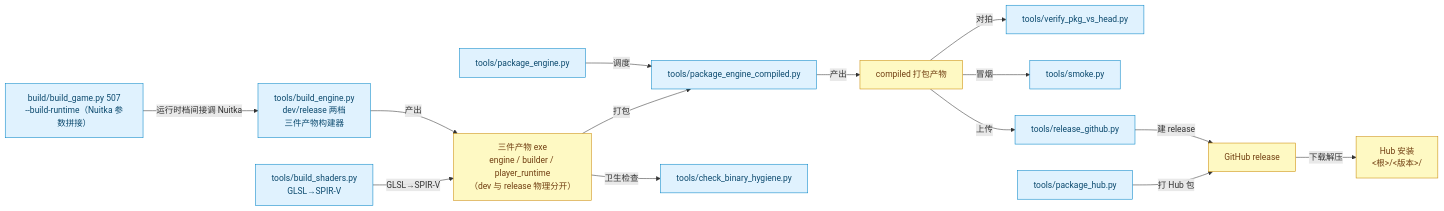
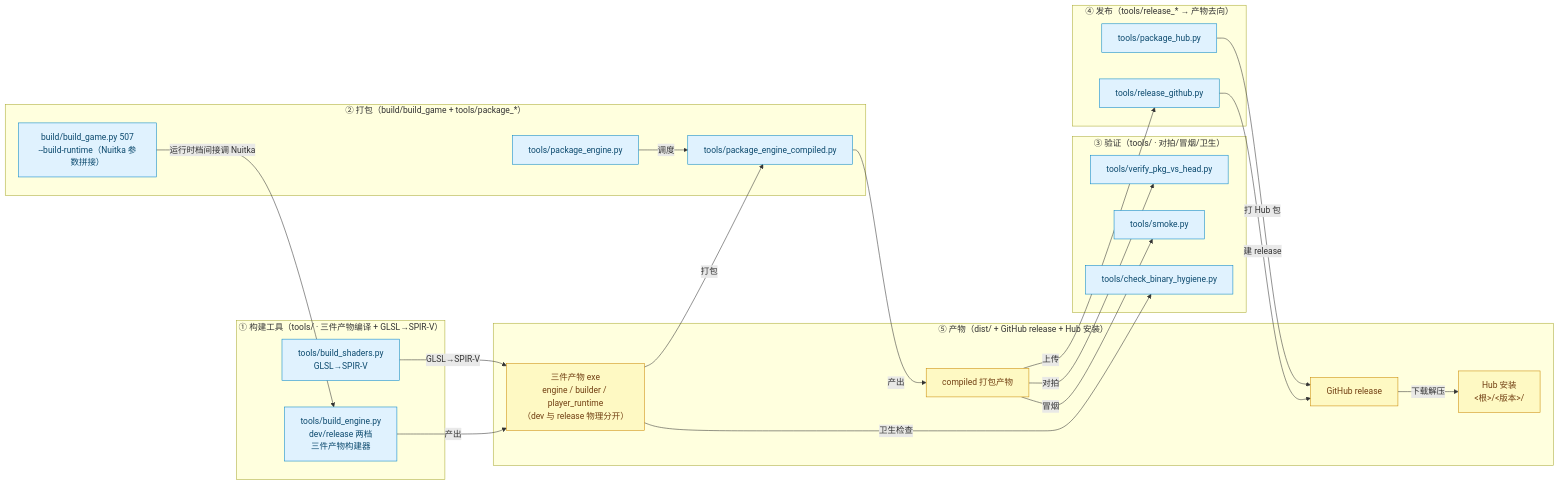
One commit to lhy302/WeaveEngine changed diagram 12 of 23 in ARCHITECTURE.md. Above: the diagram before and after it, drawn with Mermaid. The commit also changed other lines of this file, not shown here.

Commit message:
docs: 图 8~14 全部改为功能模块分框结构（含事实实测刷新）

````diff
--- a/ARCHITECTURE.md
+++ b/ARCHITECTURE.md
@@ -678,32 +700,42 @@
 ```mermaid
 flowchart LR
-  B1["tools/build_engine.py<br/>dev/release 两档<br/>三件产物构建器"]:::tool
-  BG["build/build_game.py 507<br/>--build-runtime（Nuitka 参数拼接）"]:::tool
-  B2["tools/build_shaders.py<br/>GLSL→SPIR-V"]:::tool
-  P1["tools/package_engine_compiled.py"]:::tool
-  P2["tools/package_engine.py"]:::tool
-  V1["tools/verify_pkg_vs_head.py"]:::tool
-  V2["tools/smoke.py"]:::tool
-  V3["tools/check_binary_hygiene.py"]:::tool
-  R1["tools/release_github.py"]:::tool
-  R2["tools/package_hub.py"]:::tool
-  O1["三件产物 exe<br/>engine / builder / player_runtime<br/>（dev 与 release 物理分开）"]:::external
-  O2["compiled 打包产物"]:::external
-  O3["GitHub release"]:::external
-  O4["Hub 安装<br/><根>/<版本>/"]:::external
+  subgraph BUILD["① 构建工具（tools/ · 三件产物编译 + GLSL→SPIR-V）"]
+    B1["tools/build_engine.py<br/>dev/release 两档<br/>三件产物构建器"]:::tool
+    B2["tools/build_shaders.py<br/>GLSL→SPIR-V"]:::tool
+  end
+  subgraph PACK["② 打包（build/build_game + tools/package_*）"]
+    BG["build/build_game.py 507<br/>--build-runtime（Nuitka 参数拼接）"]:::tool
+    P1["tools/package_engine_compiled.py"]:::tool
+    P2["tools/package_engine.py"]:::tool
+  end
+  subgraph VERIFY["③ 验证（tools/ · 对拍/冒烟/卫生）"]
+    V1["tools/verify_pkg_vs_head.py"]:::tool
+    V2["tools/smoke.py"]:::tool
+    V3["tools/check_binary_hygiene.py"]:::tool
+  end
+  subgraph REL["④ 发布（tools/release_* → 产物去向）"]
+    R1["tools/release_github.py"]:::tool
+    R2["tools/package_hub.py"]:::tool
+  end
+  subgraph OUT["⑤ 产物（dist/ + GitHub release + Hub 安装）"]
+    O1["三件产物 exe<br/>engine / builder / player_runtime<br/>（dev 与 release 物理分开）"]:::external
+    O2["compiled 打包产物"]:::external
+    O3["GitHub release"]:::external
+    O4["Hub 安装<br/><根>/<版本>/"]:::external
+  end
   B1 -->|产出| O1
   BG -->|运行时档间接调 Nuitka| B1
   B2 -->|GLSL→SPIR-V| O1
   O1 -->|打包| P1
   P2 -->|调度| P1
   P1 -->|产出| O2
   O2 -->|对拍| V1
   O2 -->|冒烟| V2
   O1 -->|卫生检查| V3
   O2 -->|上传| R1
   R1 -->|建 release| O3
   O3 -->|下载解压| O4
   R2 -->|打 Hub 包| O3
   classDef tool fill:#e0f2fe,stroke:#0284c7,color:#0c4a6e
   classDef external fill:#fef9c3,stroke:#ca8a04,color:#713f12
 ```
````
